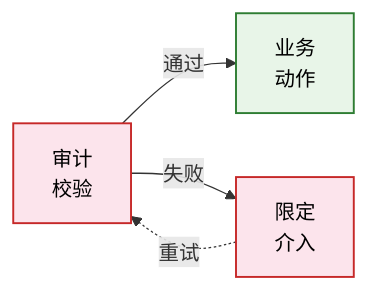
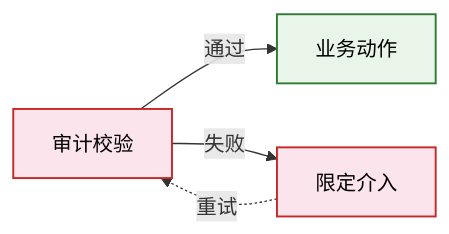
Before and after one commit to BillZong/BillZong.github.io: diagram 11 of 11 in source/_posts/bi-evolution-6-ai-native-restructure.md, drawn with Mermaid. The commit also changed other lines of this file, not shown here.

First line of the commit message:
fix(BI-ch6): remove \n from mermaid labels

```diff
--- a/source/_posts/bi-evolution-6-ai-native-restructure.md
+++ b/source/_posts/bi-evolution-6-ai-native-restructure.md
@@ -529,14 +529,14 @@
 {% mermaid %}
 flowchart LR
     classDef entry fill:#fff3b0,stroke:#b58900,color:#000,stroke-width:1.5px
     classDef decision fill:#fce4ec,stroke:#c62828,color:#000,stroke-width:1.5px
     classDef exit fill:#e8f5e8,stroke:#2e7d32,color:#000,stroke-width:1.5px
     classDef normal fill:#f5f5f5,stroke:#999,color:#000,stroke-width:1.5px
 
-    A["审计\n校验"]:::decision
-    Pass["业务\n动作"]:::exit
-    Fail["限定\n介入"]:::decision
+    A["审计校验"]:::decision
+    Pass["业务动作"]:::exit
+    Fail["限定介入"]:::decision
     A -->|通过| Pass
     A -->|失败| Fail
     Fail -.->|重试| A
 {% endmermaid %}
```
